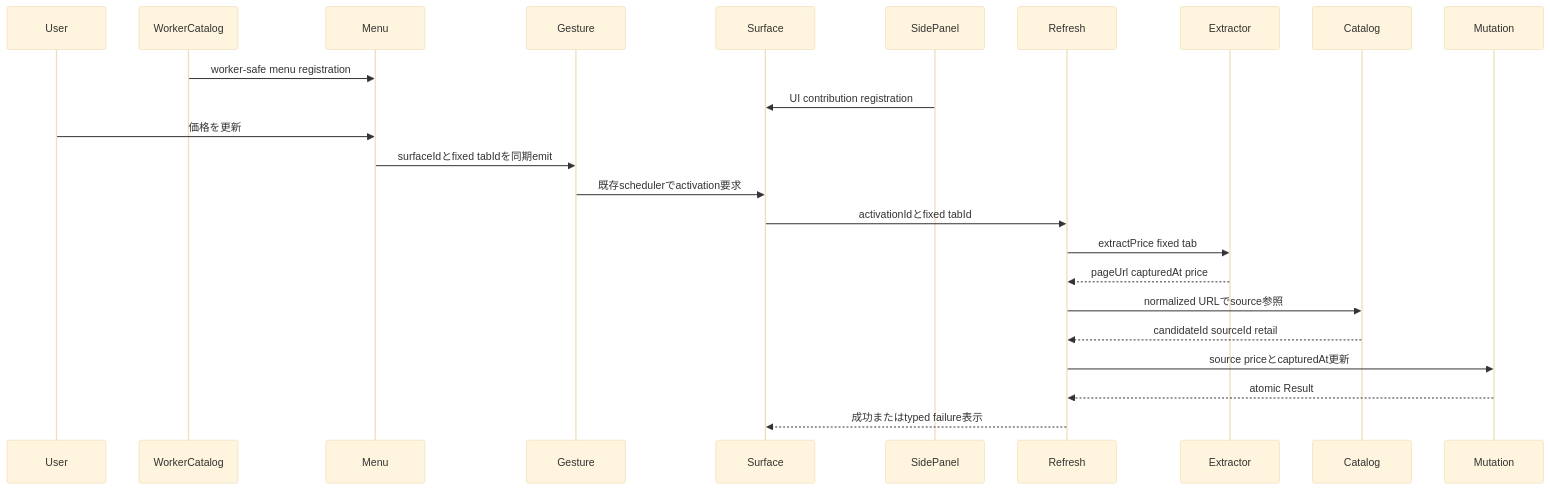
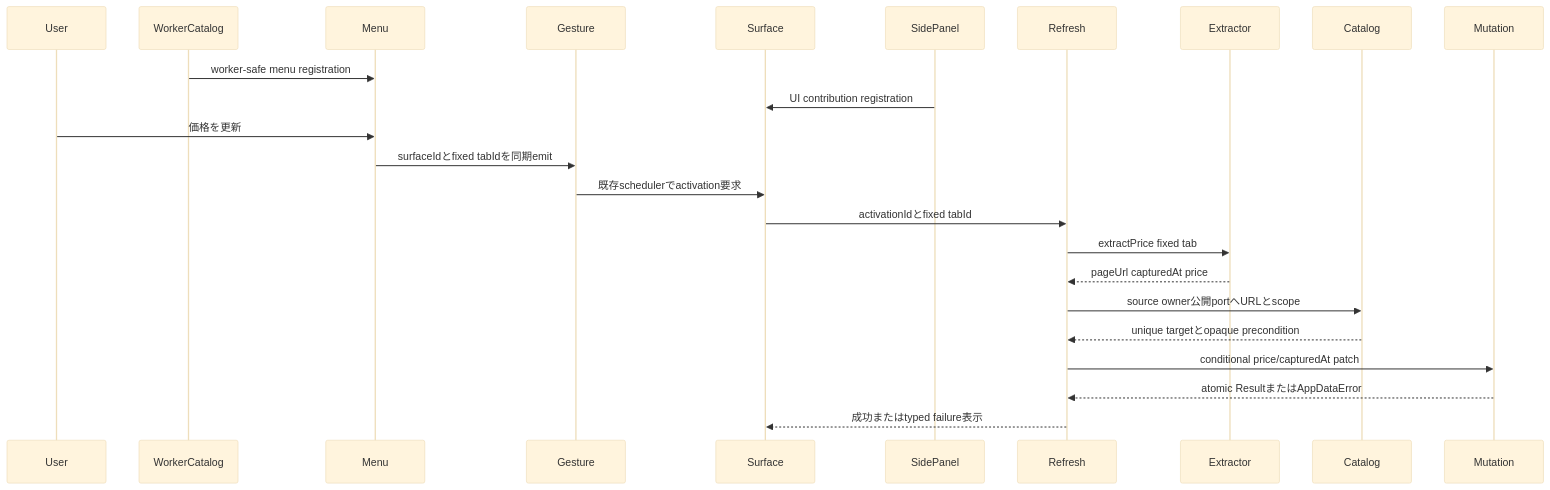
Before and after one commit to Huruikagi/pc-build-planner: the second of 3 diagrams in .kiro/specs/source-price-refresh/design.md, drawn with Mermaid (base theme). The commit also changed other lines of this file and 85 other files, not shown here.

````diff
--- a/.kiro/specs/source-price-refresh/design.md
+++ b/.kiro/specs/source-price-refresh/design.md
@@ -196,27 +198,27 @@
 ```mermaid
 sequenceDiagram
     participant User
     participant WorkerCatalog
     participant Menu
     participant Gesture
     participant Surface
     participant SidePanel
     participant Refresh
     participant Extractor
     participant Catalog
     participant Mutation
 
     WorkerCatalog->>Menu: worker-safe menu registration
     SidePanel->>Surface: UI contribution registration
     User->>Menu: 価格を更新
     Menu->>Gesture: surfaceIdとfixed tabIdを同期emit
     Gesture->>Surface: 既存schedulerでactivation要求
     Surface->>Refresh: activationIdとfixed tabId
     Refresh->>Extractor: extractPrice fixed tab
     Extractor-->>Refresh: pageUrl capturedAt price
-    Refresh->>Catalog: normalized URLでsource参照
-    Catalog-->>Refresh: candidateId sourceId retail
-    Refresh->>Mutation: source priceとcapturedAt更新
-    Mutation-->>Refresh: atomic Result
+    Refresh->>Catalog: source owner公開portへURLとscope
+    Catalog-->>Refresh: unique targetとopaque precondition
+    Refresh->>Mutation: conditional price/capturedAt patch
+    Mutation-->>Refresh: atomic ResultまたはAppDataError
     Refresh-->>Surface: 成功またはtyped failure表示
 ```
````
